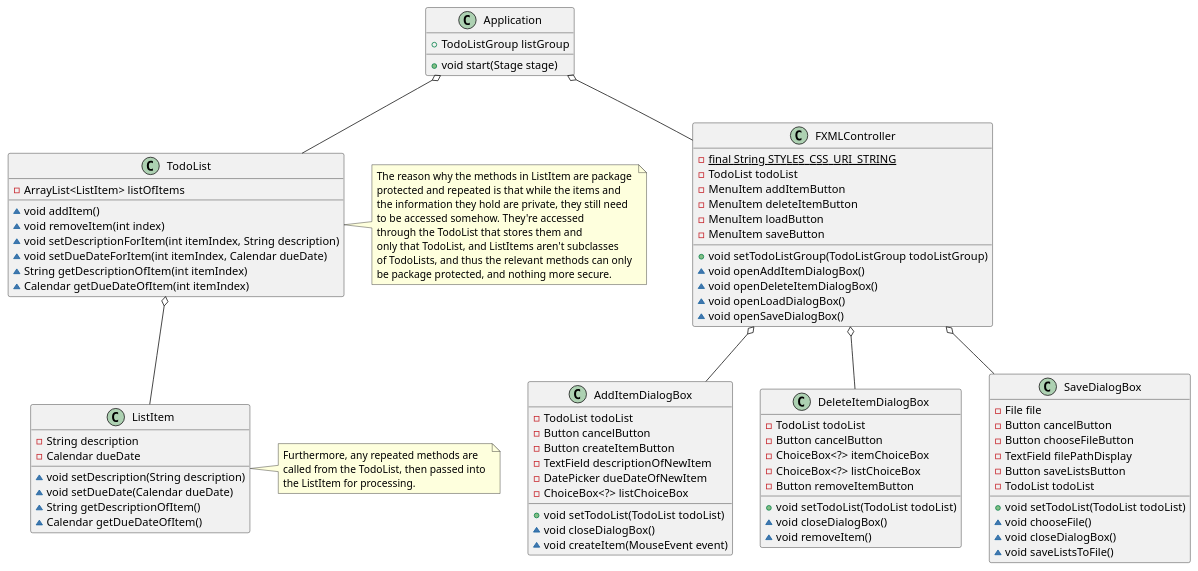
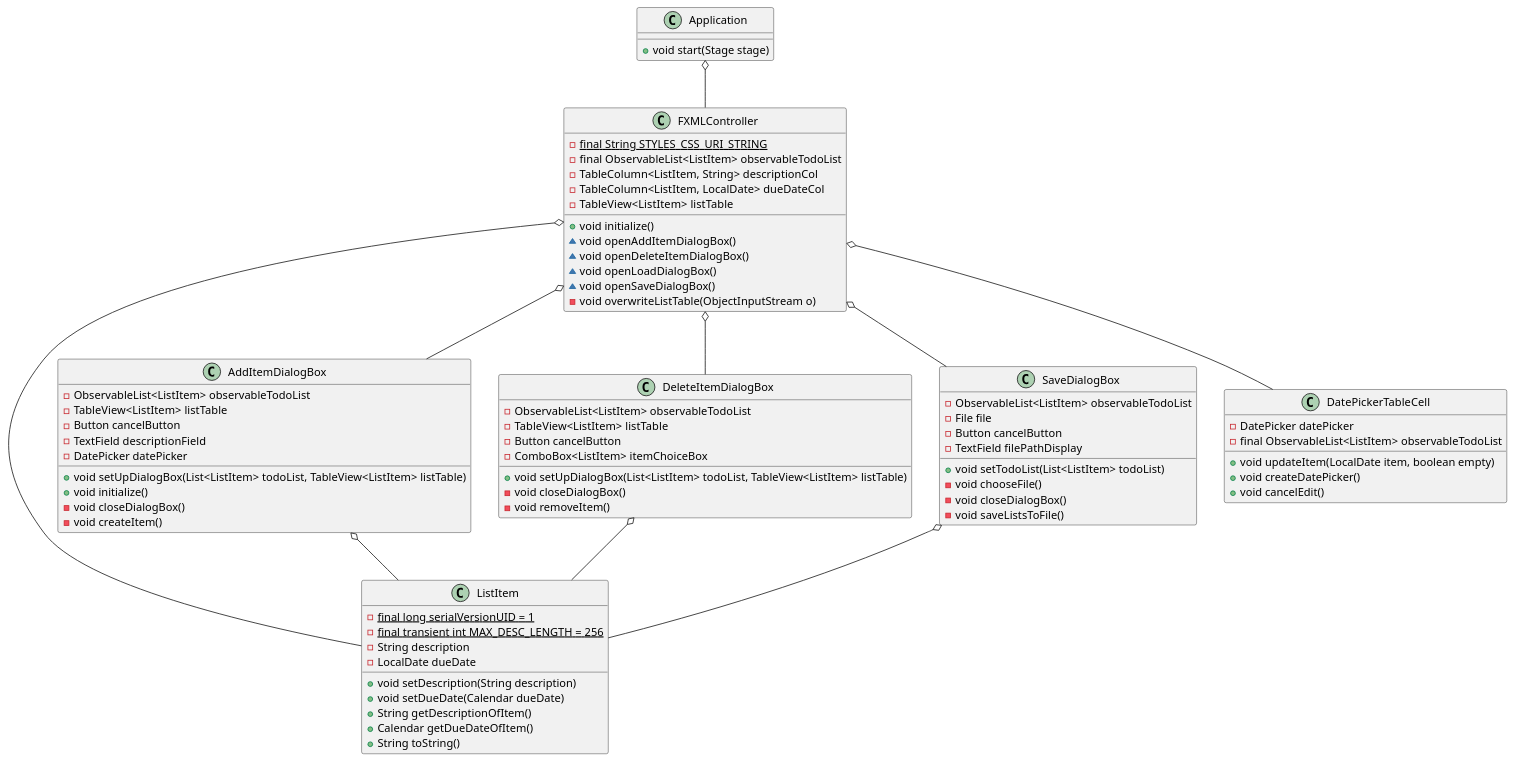
One commit to RadoMiami-UCF/guthre-app1-impl changed the diagram in docs/app1diagram.puml. Above: the diagram before and after it, drawn with PlantUML. The commit also changed 12 other files, not shown here.

```diff
--- a/docs/app1diagram.puml
+++ b/docs/app1diagram.puml
@@ -1,86 +1,82 @@
 @startuml
-TodoList o-- ListItem
-Application o-- TodoList
 Application o-- FXMLController
+FXMLController o-- ListItem
 FXMLController o-- AddItemDialogBox
+AddItemDialogBox o-- ListItem
 FXMLController o-- DeleteItemDialogBox
+DeleteItemDialogBox o-- ListItem
 FXMLController o-- SaveDialogBox
+SaveDialogBox o-- ListItem
+FXMLController o-- DatePickerTableCell
 
 class SaveDialogBox {
+-ObservableList<ListItem> observableTodoList
 -File file
 -Button cancelButton
--Button chooseFileButton
 -TextField filePathDisplay
--Button saveListsButton
--TodoList todoList
-+void setTodoList(TodoList todoList)
-~void chooseFile()
-~void closeDialogBox()
-~void saveListsToFile()
++void setTodoList(List<ListItem> todoList)
+-void chooseFile()
+-void closeDialogBox()
+-void saveListsToFile()
 }
 
 class DeleteItemDialogBox {
--TodoList todoList
+-ObservableList<ListItem> observableTodoList
+-TableView<ListItem> listTable
 -Button cancelButton
--ChoiceBox<?> itemChoiceBox
--ChoiceBox<?> listChoiceBox
--Button removeItemButton
-+void setTodoList(TodoList todoList)
-~void closeDialogBox()
-~void removeItem()
+-ComboBox<ListItem> itemChoiceBox
++void setUpDialogBox(List<ListItem> todoList, TableView<ListItem> listTable)
+-void closeDialogBox()
+-void removeItem()
 }
 
 class AddItemDialogBox {
--TodoList todoList
+-ObservableList<ListItem> observableTodoList
+-TableView<ListItem> listTable
 -Button cancelButton
--Button createItemButton
--TextField descriptionOfNewItem
--DatePicker dueDateOfNewItem
--ChoiceBox<?> listChoiceBox
-+void setTodoList(TodoList todoList)
-~void closeDialogBox()
-~void createItem(MouseEvent event)
+-TextField descriptionField
+-DatePicker datePicker
++void setUpDialogBox(List<ListItem> todoList, TableView<ListItem> listTable)
++void initialize()
+-void closeDialogBox()
+-void createItem()
 }
 
 class FXMLController {
 -{static} final String STYLES_CSS_URI_STRING
--TodoList todoList
--MenuItem addItemButton
--MenuItem deleteItemButton
--MenuItem loadButton
--MenuItem saveButton
-+void setTodoListGroup(TodoListGroup todoListGroup)
+-final ObservableList<ListItem> observableTodoList
+-TableColumn<ListItem, String> descriptionCol
+-TableColumn<ListItem, LocalDate> dueDateCol
+-TableView<ListItem> listTable
++void initialize()
 ~void openAddItemDialogBox()
 ~void openDeleteItemDialogBox()
 ~void openLoadDialogBox()
 ~void openSaveDialogBox()
+-void overwriteListTable(ObjectInputStream o)
 }
 
 class Application {
-+TodoListGroup listGroup
 +void start(Stage stage)
 }
 
-note right of TodoList : The reason why the methods in ListItem are package\nprotected and repeated is that while the items and\nthe information they hold are private, they still need\nto be accessed somehow. They're accessed\nthrough the TodoList that stores them and\nonly that TodoList, and ListItems aren't subclasses \nof TodoLists, and thus the relevant methods can only \nbe package protected, and nothing more secure.
-
-note right of ListItem : Furthermore, any repeated methods are \ncalled from the TodoList, then passed into \nthe ListItem for processing.
-
-class TodoList {
--ArrayList<ListItem> listOfItems
-~void addItem()
-~void removeItem(int index)
-~void setDescriptionForItem(int itemIndex, String description)
-~void setDueDateForItem(int itemIndex, Calendar dueDate)
-~String getDescriptionOfItem(int itemIndex)
-~Calendar getDueDateOfItem(int itemIndex)
+class ListItem {
+-{static} final long serialVersionUID = 1
+-{static} final transient int MAX_DESC_LENGTH = 256
+-String description
+-LocalDate dueDate
++void setDescription(String description)
++void setDueDate(Calendar dueDate)
++String getDescriptionOfItem()
++Calendar getDueDateOfItem()
++String toString()
 }
 
-class ListItem {
--String description
--Calendar dueDate
-~void setDescription(String description)
-~void setDueDate(Calendar dueDate)
-~String getDescriptionOfItem()
-~Calendar getDueDateOfItem()
+class DatePickerTableCell {
+-DatePicker datePicker
+-final ObservableList<ListItem> observableTodoList
++void updateItem(LocalDate item, boolean empty)
++void createDatePicker()
++void cancelEdit()
 }
 @enduml
```
